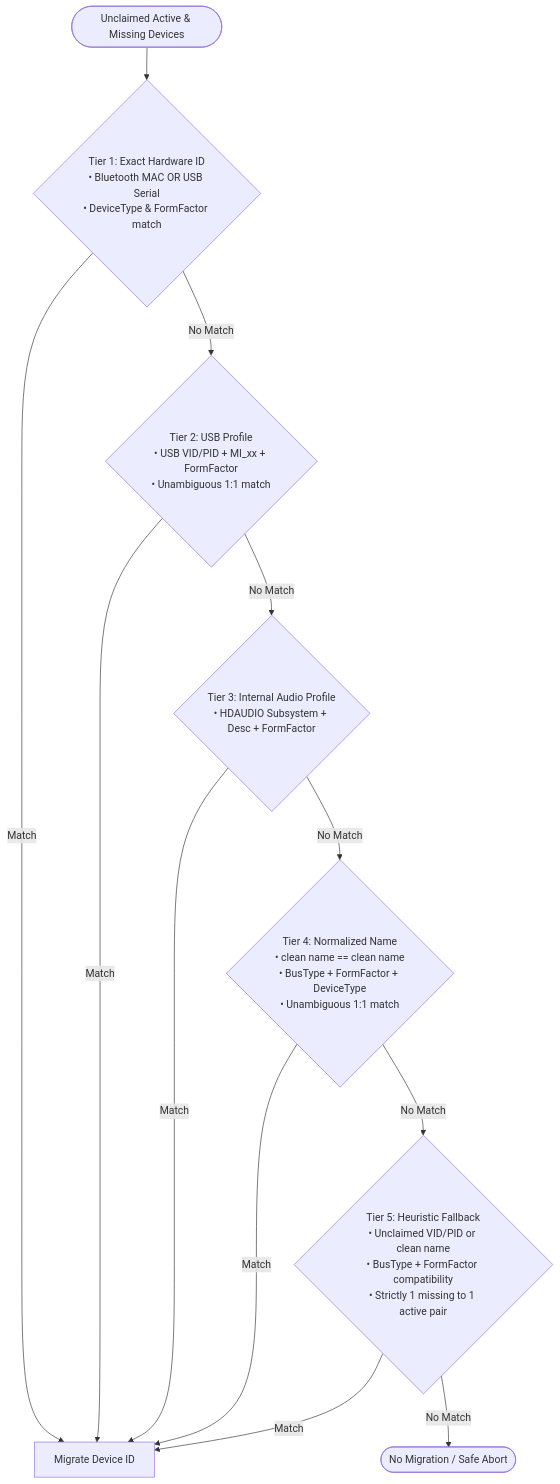
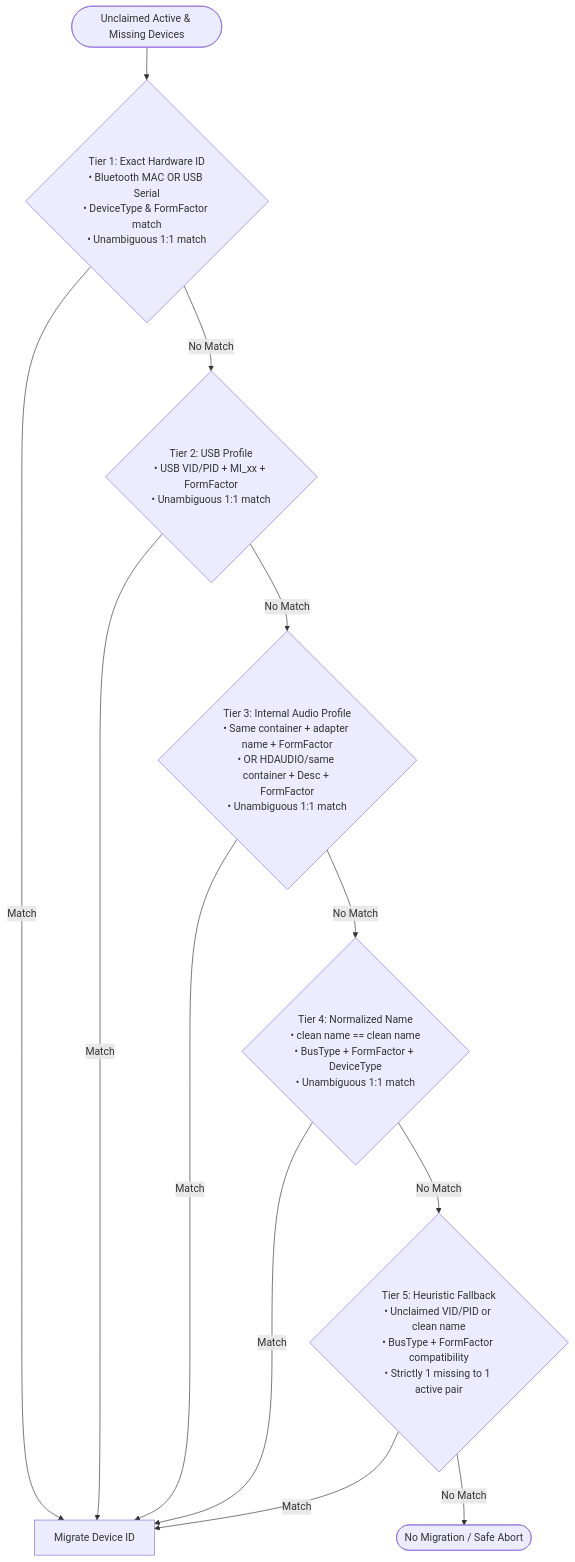
The sixth of 8 diagrams in docs/device-id-migration.md (felipecrs/volume-locker), drawn with Mermaid before and after one commit. The commit also changed other lines of this file and 4 other files, not shown here.

````diff
--- a/docs/device-id-migration.md
+++ b/docs/device-id-migration.md
@@ -141,24 +146,24 @@
 ```mermaid
 flowchart TD
     START([Unclaimed Active & Missing Devices]) --> T1
 
-    T1{"Tier 1: Exact Hardware ID<br/>• Bluetooth MAC OR USB Serial<br/>• DeviceType & FormFactor match"}
+    T1{"Tier 1: Exact Hardware ID<br/>• Bluetooth MAC OR USB Serial<br/>• DeviceType & FormFactor match<br/>• Unambiguous 1:1 match"}
     T1 -->|Match| MIGRATE[Migrate Device ID]
     T1 -->|No Match| T2
 
     T2{"Tier 2: USB Profile<br/>• USB VID/PID + MI_xx + FormFactor<br/>• Unambiguous 1:1 match"}
     T2 -->|Match| MIGRATE
     T2 -->|No Match| T3
 
-    T3{"Tier 3: Internal Audio Profile<br/>• HDAUDIO Subsystem + Desc + FormFactor"}
+    T3{"Tier 3: Internal Audio Profile<br/>• Same container + adapter name + FormFactor<br/>• OR HDAUDIO/same container + Desc + FormFactor<br/>• Unambiguous 1:1 match"}
     T3 -->|Match| MIGRATE
     T3 -->|No Match| T4
 
     T4{"Tier 4: Normalized Name<br/>• clean name == clean name<br/>• BusType + FormFactor + DeviceType<br/>• Unambiguous 1:1 match"}
     T4 -->|Match| MIGRATE
     T4 -->|No Match| T5
 
     T5{"Tier 5: Heuristic Fallback<br/>• Unclaimed VID/PID or clean name<br/>• BusType + FormFactor compatibility<br/>• Strictly 1 missing to 1 active pair"}
     T5 -->|Match| MIGRATE
     T5 -->|No Match| NONE([No Migration / Safe Abort])
 ```
````
